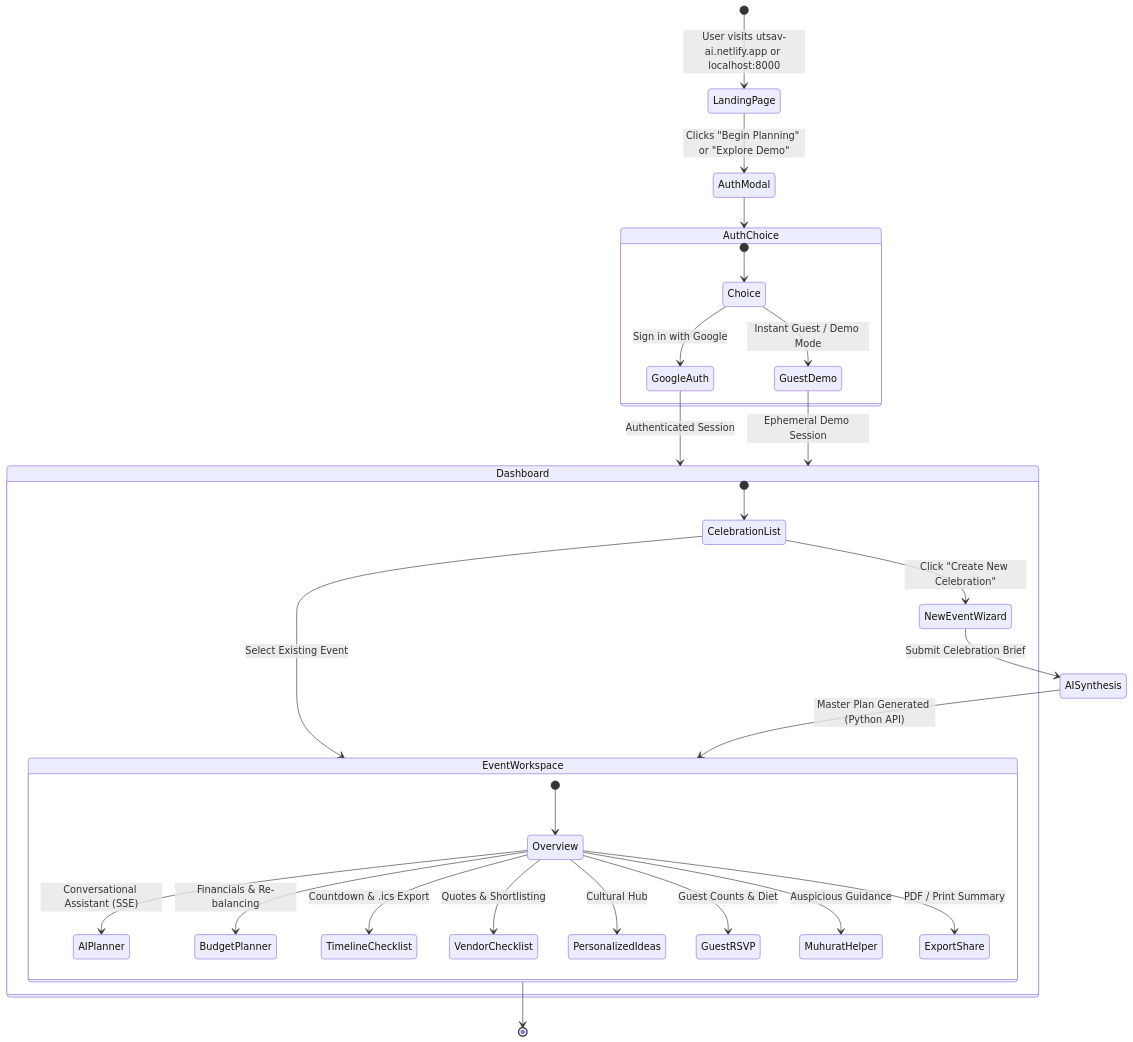
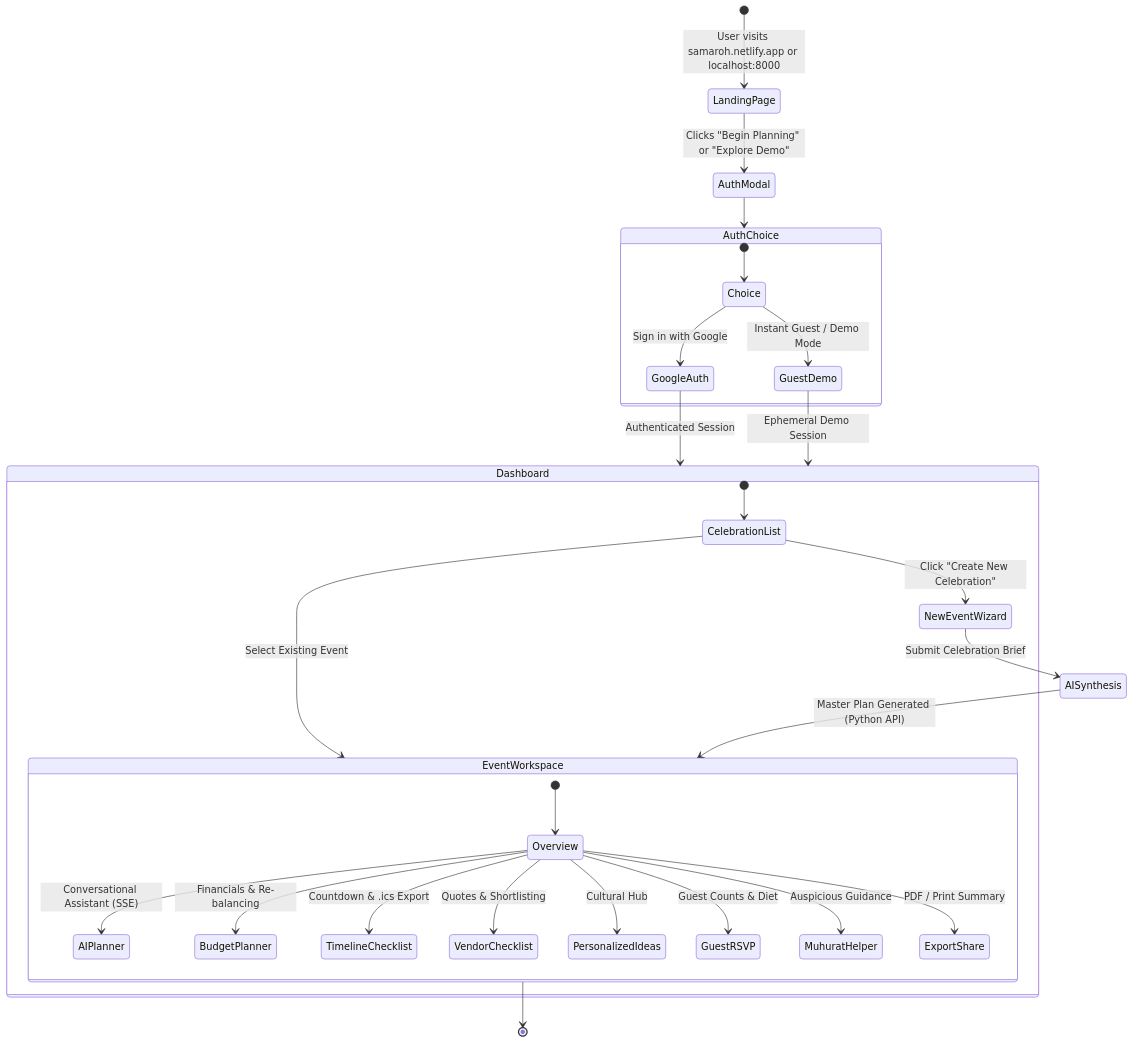
Before and after one commit to ashish-29-2003/Event-Planner: the first of 8 diagrams in docs/APP_FLOW.md, drawn with Mermaid. The commit also changed other lines of this file and 11 other files, not shown here.

````diff
--- a/docs/APP_FLOW.md
+++ b/docs/APP_FLOW.md
@@ -11,38 +11,38 @@
 ```mermaid
 stateDiagram-v2
-    [*] --> LandingPage: User visits utsav-ai.netlify.app or localhost:8000
+    [*] --> LandingPage: User visits samaroh.netlify.app or localhost:8000
     LandingPage --> AuthModal: Clicks "Begin Planning" or "Explore Demo"
     
     state AuthChoice {
         [*] --> Choice
         Choice --> GoogleAuth: Sign in with Google
         Choice --> GuestDemo: Instant Guest / Demo Mode
     }
     
     AuthModal --> AuthChoice
     GoogleAuth --> Dashboard: Authenticated Session
     GuestDemo --> Dashboard: Ephemeral Demo Session
 
     state Dashboard {
         [*] --> CelebrationList
         CelebrationList --> EventWorkspace: Select Existing Event
         CelebrationList --> NewEventWizard: Click "Create New Celebration"
     }
 
     NewEventWizard --> AISynthesis: Submit Celebration Brief
     AISynthesis --> EventWorkspace: Master Plan Generated (Python API)
 
     state EventWorkspace {
         [*] --> Overview
         Overview --> AIPlanner: Conversational Assistant (SSE)
         Overview --> BudgetPlanner: Financials & Re-balancing
         Overview --> TimelineChecklist: Countdown & .ics Export
         Overview --> VendorChecklist: Quotes & Shortlisting
         Overview --> PersonalizedIdeas: Cultural Hub
         Overview --> GuestRSVP: Guest Counts & Diet
         Overview --> MuhuratHelper: Auspicious Guidance
         Overview --> ExportShare: PDF / Print Summary
     }
 
     EventWorkspace --> [*]
 ```
````
